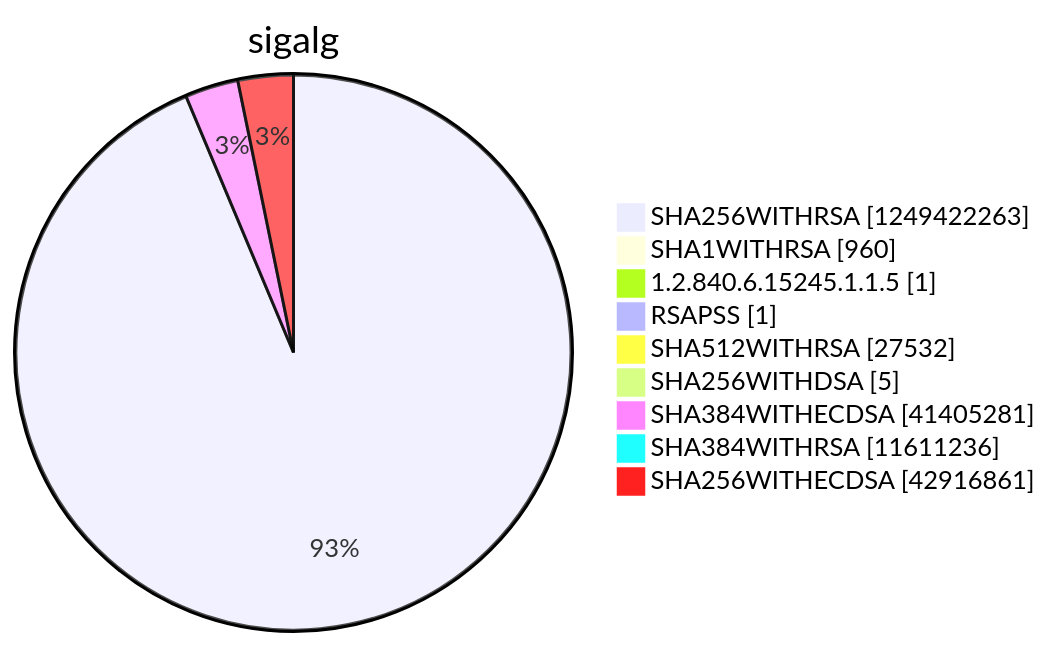
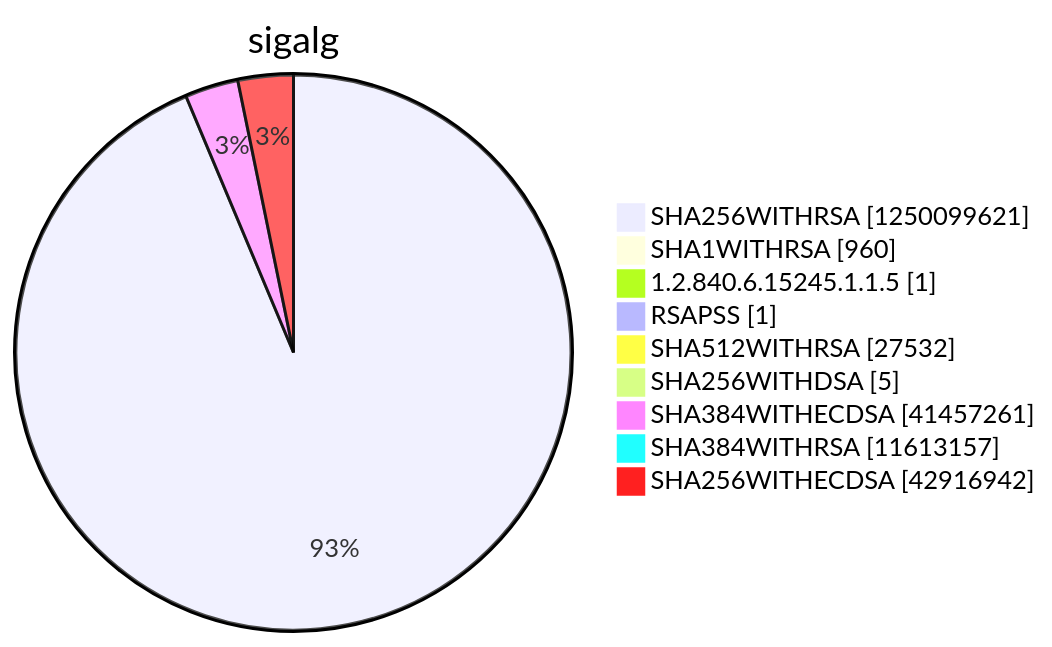
Diagram 15 of 15 in argon2022/README.md (christiankrug/ctmonitor_visualization), drawn with Mermaid before and after one commit. The commit also changed other lines of this file, not shown here.

````diff
--- a/argon2022/README.md
+++ b/argon2022/README.md
@@ -5522,13 +5522,13 @@
 ```mermaid
 pie showData
 title sigalg
-"SHA256WITHRSA" :1249422263
+"SHA256WITHRSA" :1250099621
 "SHA1WITHRSA" :960
 "1.2.840.6.15245.1.1.5" :1
 "RSAPSS" :1
 "SHA512WITHRSA" :27532
 "SHA256WITHDSA" :5
-"SHA384WITHECDSA" :41405281
-"SHA384WITHRSA" :11611236
-"SHA256WITHECDSA" :42916861
+"SHA384WITHECDSA" :41457261
+"SHA384WITHRSA" :11613157
+"SHA256WITHECDSA" :42916942
 ```
````
